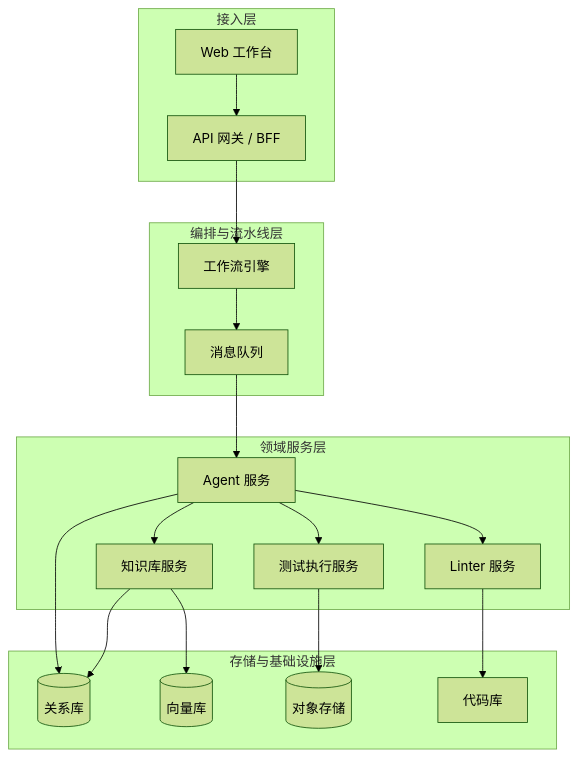
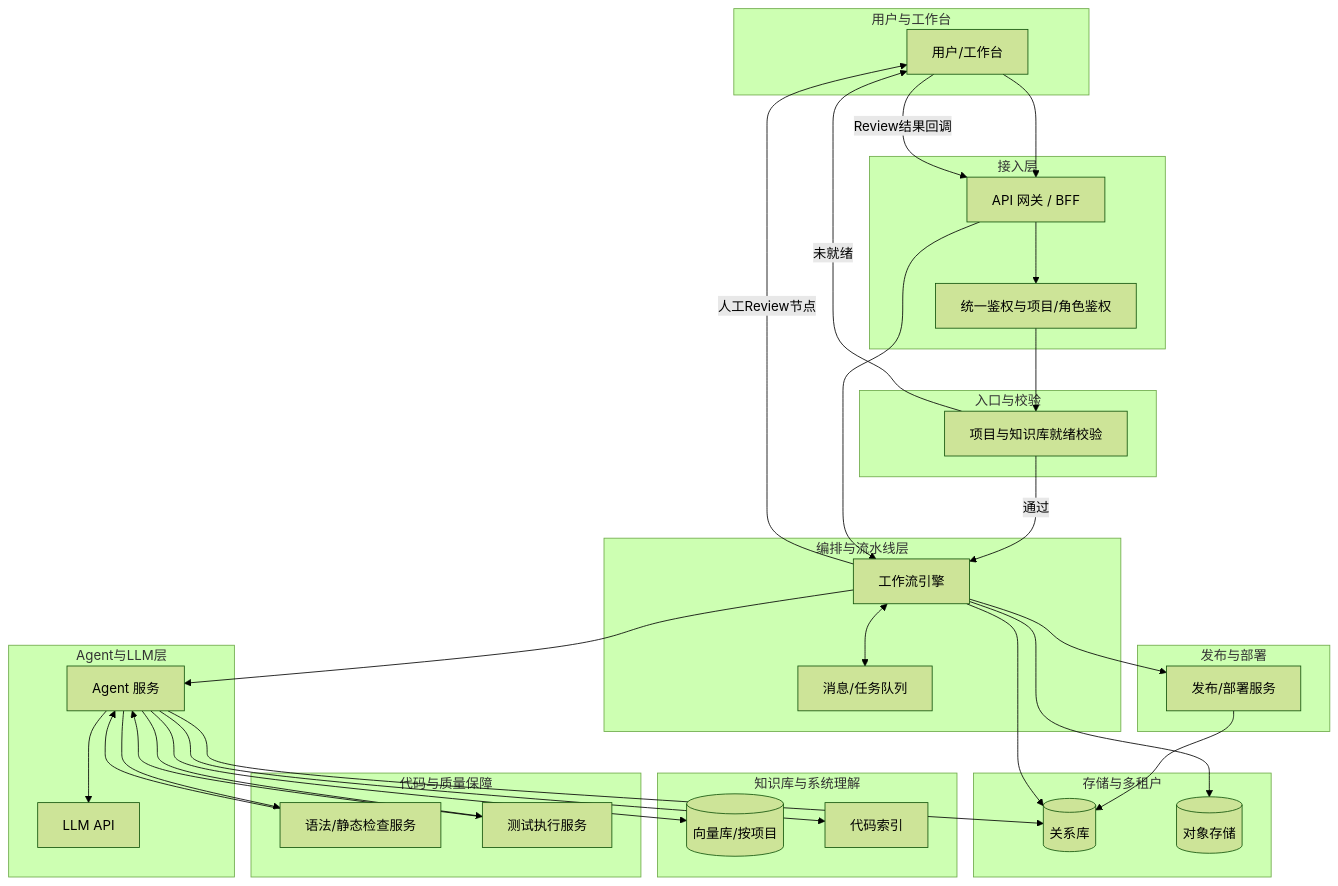
The diagram in docs/产品架构文档-运维Agent生产系统.md (fujincursor/OpsPilot), drawn with Mermaid (forest theme) before and after one commit. The commit also changed other lines of this file, not shown here.

Commit message:
Refactor运维Agent生产系统架构文档，更新文档目的与范围，增加架构原则和工作流引擎与Agent的边界部分，优化系统架构图，明确各模块职责与技术选型，增强文档的可读性与结构性。

````diff
--- a/docs/产品架构文档-运维Agent生产系统.md
+++ b/docs/产品架构文档-运维Agent生产系统.md
@@ -23,35 +31,70 @@
 ```mermaid
 flowchart TB
-    subgraph layer1 [接入层]
-        Web[Web 工作台]
+    subgraph 用户与工作台
+        User[用户/工作台]
+    end
+
+    subgraph 接入层
         Gateway[API 网关 / BFF]
+        Auth[统一鉴权与项目/角色鉴权]
     end
-    subgraph layer2 [编排与流水线层]
+
+    subgraph 入口与校验
+        ReadyCheck[项目与知识库就绪校验]
+    end
+
+    subgraph 编排与流水线层
         Workflow[工作流引擎]
-        Queue[消息队列]
+        MQ[消息/任务队列]
     end
-    subgraph layer3 [领域服务层]
-        AgentSvc[Agent 服务]
-        KBService[知识库服务]
-        LinterSvc[Linter 服务]
-        TestSvc[测试执行服务]
+
+    subgraph Agent与LLM层
+        Agent[Agent 服务]
+        LLM[LLM API]
     end
-    subgraph layer4 [存储与基础设施层]
-        RDB[(关系库)]
-        VectorDB[(向量库)]
+
+    subgraph 知识库与系统理解
+        VectorDB[(向量库/按项目)]
+        CodeIndex[代码索引]
+    end
+
+    subgraph 代码与质量保障
+        Linter[语法/静态检查服务]
+        TestRun[测试执行服务]
+    end
+
+    subgraph 发布与部署
+        Deploy[发布/部署服务]
+    end
+
+    subgraph 存储与多租户
+        DB[(关系库)]
         ObjectStore[(对象存储)]
-        Repo[代码库]
     end
-    Web --> Gateway
+
+    User --> Gateway
+    Gateway --> Auth
+    Auth --> ReadyCheck
+    ReadyCheck -->|通过| Workflow
+    ReadyCheck -->|未就绪| User
+
+    Workflow <--> MQ
+    Workflow --> Agent
+    Agent --> LLM
+    Agent --> VectorDB
+    Agent --> CodeIndex
+    Agent --> Linter
+    Agent --> TestRun
+
+    Workflow -->|人工Review节点| User
+    User -->|Review结果回调| Gateway
     Gateway --> Workflow
-    Workflow --> Queue
-    Queue --> AgentSvc
-    AgentSvc --> KBService
-    AgentSvc --> LinterSvc
-    AgentSvc --> TestSvc
-    AgentSvc --> RDB
-    KBService --> VectorDB
-    KBService --> RDB
-    TestSvc --> ObjectStore
-    LinterSvc --> Repo
+
+    Linter --> Agent
+    TestRun --> Agent
+    Workflow --> Deploy
+    Deploy --> DB
+    Workflow --> DB
+    Workflow --> ObjectStore
+    Agent --> DB
 ```
````
